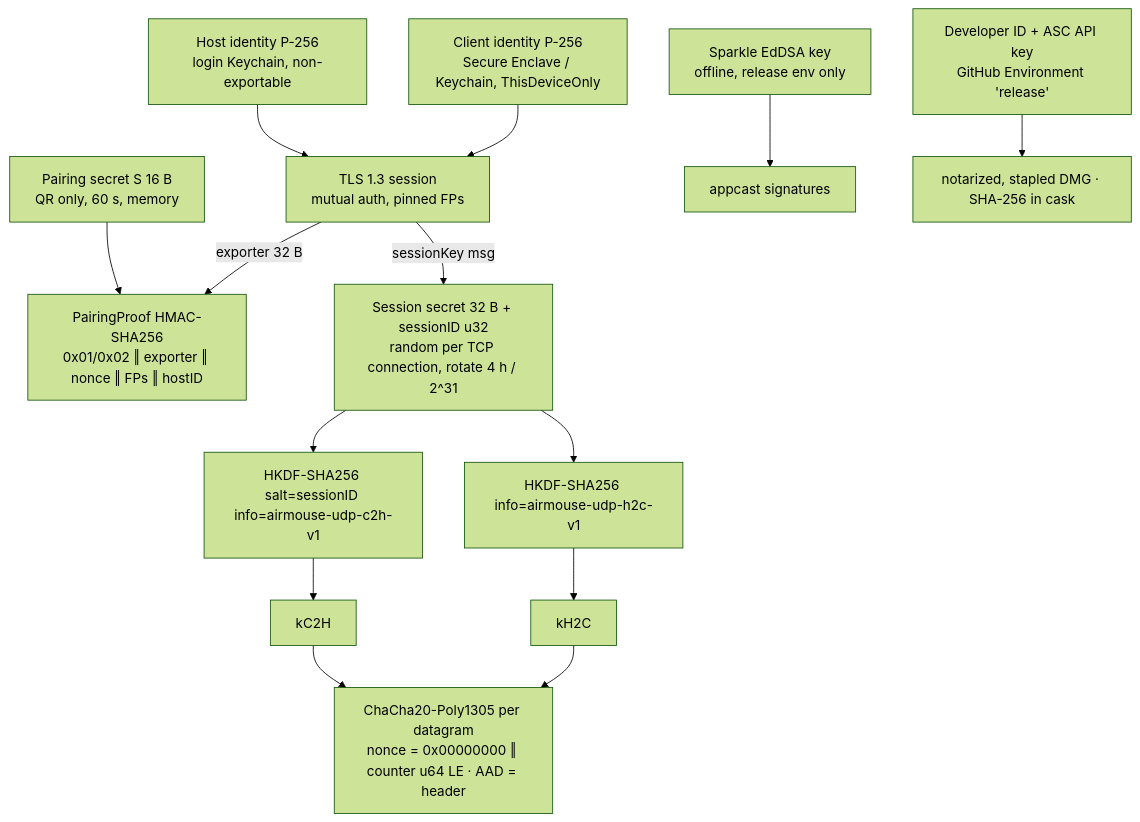
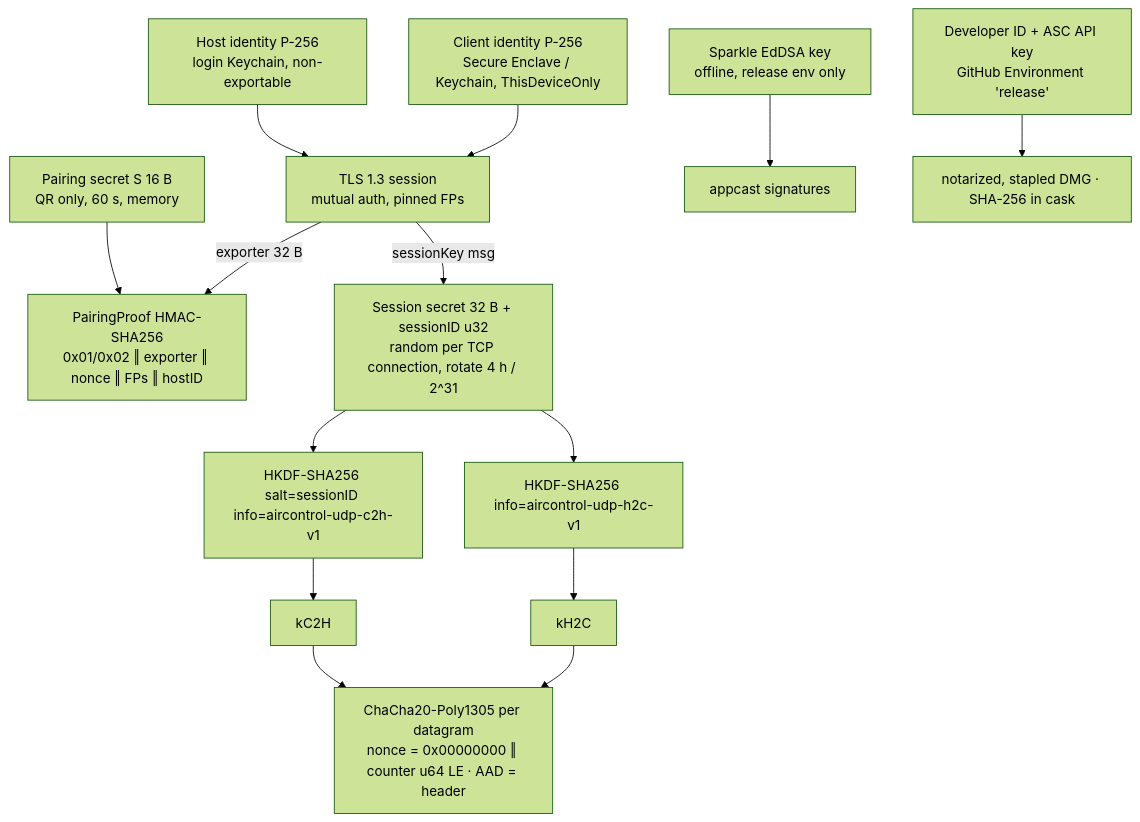
The ninth of 11 diagrams in docs/04-architecture.md (devashish2531/air-control), drawn with Mermaid (forest theme) before and after one commit. The commit also changed other lines of this file and 879 other files, not shown here.

Commit message:
Rename codename Air Mouse → Air Control everywhere: packages/modules/apps/dirs, bundle ids com.aircontrol.*, Bonjour _aircontrol, URL scheme aircontrol, HKDF/exporter labels, AIRCONTROL_* env, docs, site; gyro feature renamed Air Pointer

````diff
--- a/docs/04-architecture.md
+++ b/docs/04-architecture.md
@@ -931,14 +931,14 @@
 ```mermaid
 flowchart TB
   HK[Host identity P-256<br/>login Keychain, non-exportable] --> TLS[TLS 1.3 session<br/>mutual auth, pinned FPs]
   CK[Client identity P-256<br/>Secure Enclave / Keychain, ThisDeviceOnly] --> TLS
   QR[Pairing secret S 16 B<br/>QR only, 60 s, memory] --> PP[PairingProof HMAC-SHA256<br/>0x01/0x02 ‖ exporter ‖ nonce ‖ FPs ‖ hostID]
   TLS -- exporter 32 B --> PP
   TLS -- sessionKey msg --> SS[Session secret 32 B + sessionID u32<br/>random per TCP connection, rotate 4 h / 2^31]
-  SS --> HK1[HKDF-SHA256 salt=sessionID info=airmouse-udp-c2h-v1] --> KC[kC2H]
-  SS --> HK2[HKDF-SHA256 info=airmouse-udp-h2c-v1] --> KH[kH2C]
+  SS --> HK1[HKDF-SHA256 salt=sessionID info=aircontrol-udp-c2h-v1] --> KC[kC2H]
+  SS --> HK2[HKDF-SHA256 info=aircontrol-udp-h2c-v1] --> KH[kH2C]
   KC --> AEAD[ChaCha20-Poly1305 per datagram<br/>nonce = 0x00000000 ‖ counter u64 LE · AAD = header]
   KH --> AEAD
   ED[Sparkle EdDSA key<br/>offline, release env only] --> AC[appcast signatures]
   DID[Developer ID + ASC API key<br/>GitHub Environment 'release'] --> NOT[notarized, stapled DMG · SHA-256 in cask]
 ```
````
